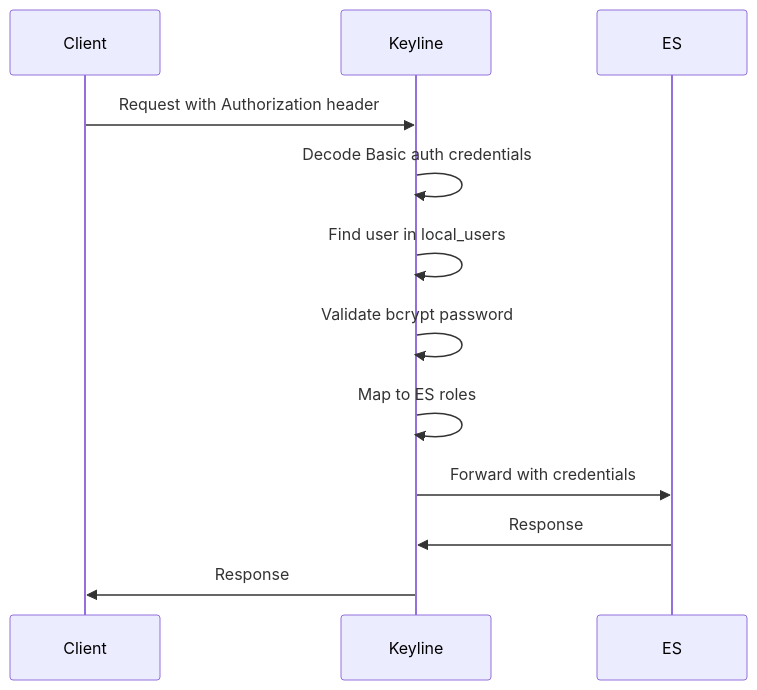
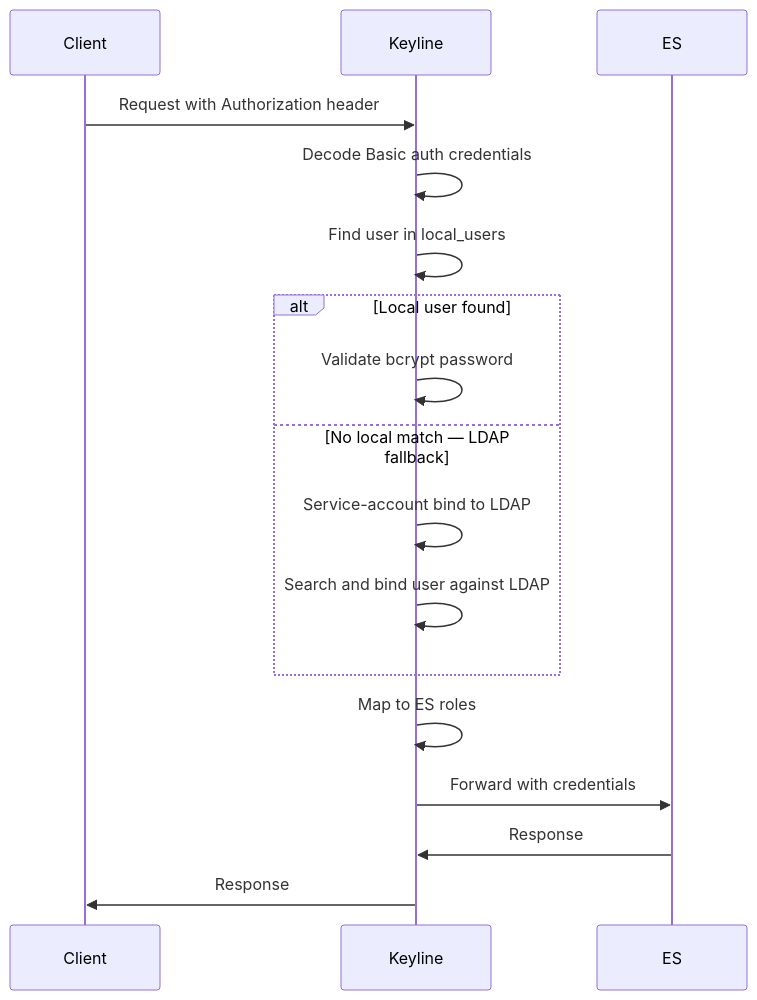
Before and after one commit to wasilak/keyline: the third of 3 diagrams in docs/docs/authentication/overview.md, drawn with Mermaid. The commit also changed other lines of this file, not shown here.

First line of the commit message:
feat(02-03): update authentication overview to include LDAP

````diff
--- a/docs/docs/authentication/overview.md
+++ b/docs/docs/authentication/overview.md
@@ -78,15 +83,20 @@
 ```mermaid
 sequenceDiagram
     participant Client
     participant Keyline
     participant ES
     
     Client->>Keyline: Request with Authorization header
     Keyline->>Keyline: Decode Basic auth credentials
     Keyline->>Keyline: Find user in local_users
-    Keyline->>Keyline: Validate bcrypt password
+    alt Local user found
+        Keyline->>Keyline: Validate bcrypt password
+    else No local match — LDAP fallback
+        Keyline->>Keyline: Service-account bind to LDAP
+        Keyline->>Keyline: Search and bind user against LDAP
+    end
     Keyline->>Keyline: Map to ES roles
     Keyline->>ES: Forward with credentials
     ES->>Keyline: Response
     Keyline->>Client: Response
 ```
````
